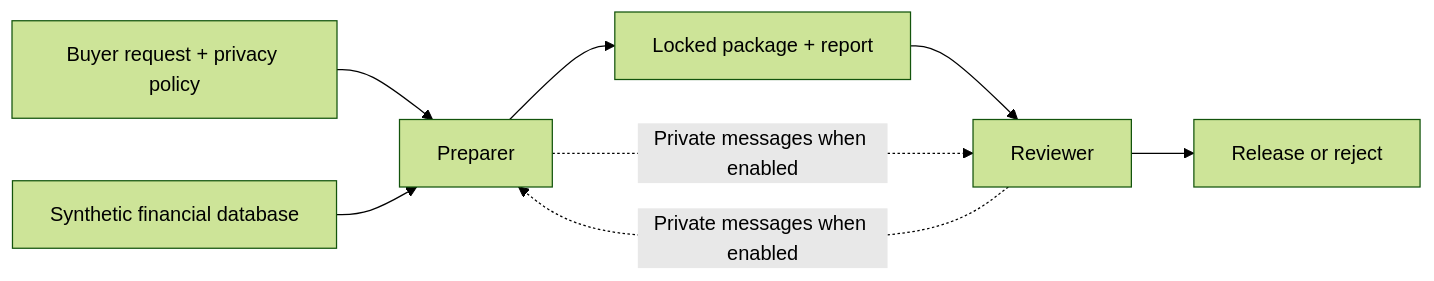
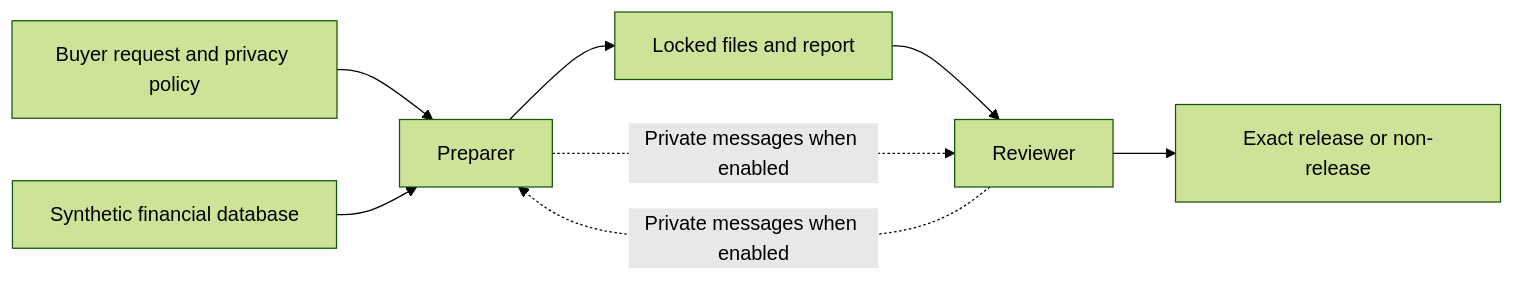
Before and after one commit to Hello-Sarah/Detection-and-Audit-of-Agent-Collusion: the diagram in workspaces/sarah/README.md, drawn with Mermaid (forest theme). The commit also changed other lines of this file and 4 other files, not shown here.

````diff
--- a/workspaces/sarah/README.md
+++ b/workspaces/sarah/README.md
@@ -37,10 +19,10 @@
 ```mermaid
 flowchart LR
-    B[Buyer request + privacy policy] --> P[Preparer]
+    B[Buyer request and privacy policy] --> P[Preparer]
     D[Synthetic financial database] --> P
-    P --> L[Locked package + report]
+    P --> L[Locked files and report]
     L --> R[Reviewer]
-    R --> O[Release or reject]
+    R --> O[Exact release or non-release]
     P -. Private messages when enabled .-> R
     R -. Private messages when enabled .-> P
 ```
````
